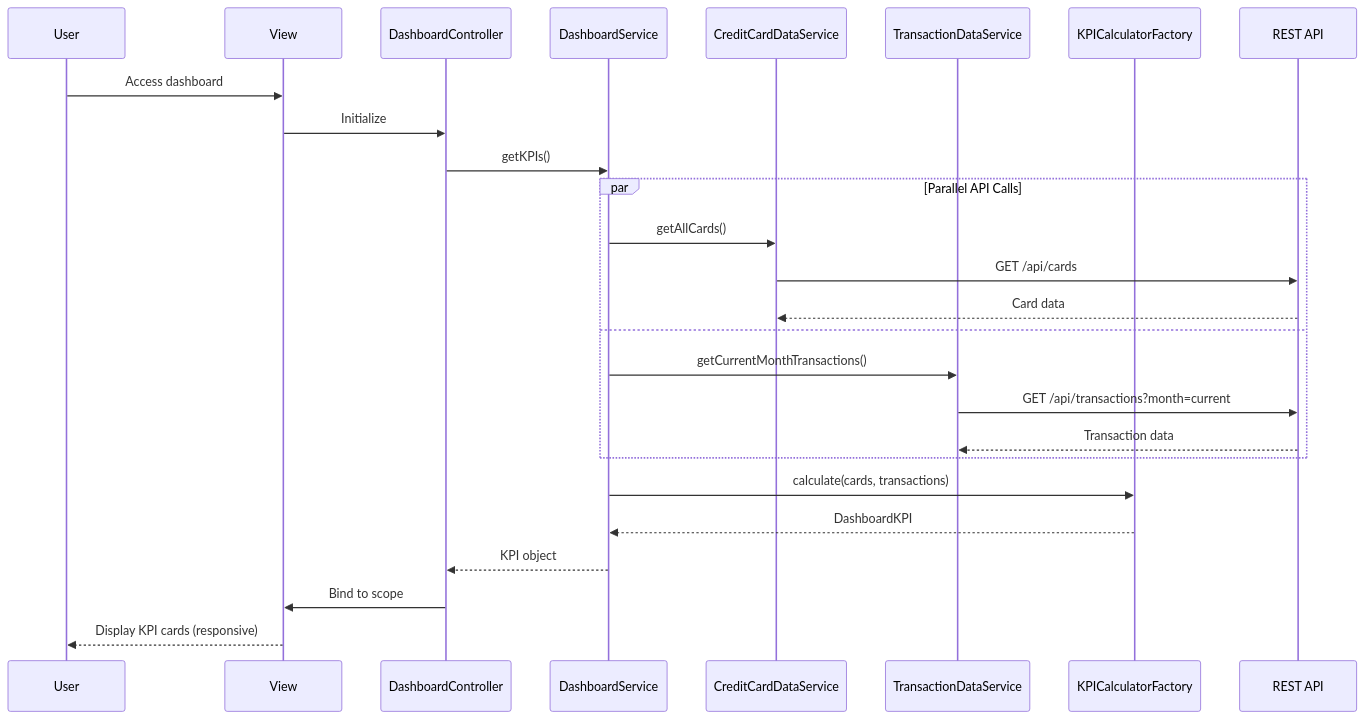
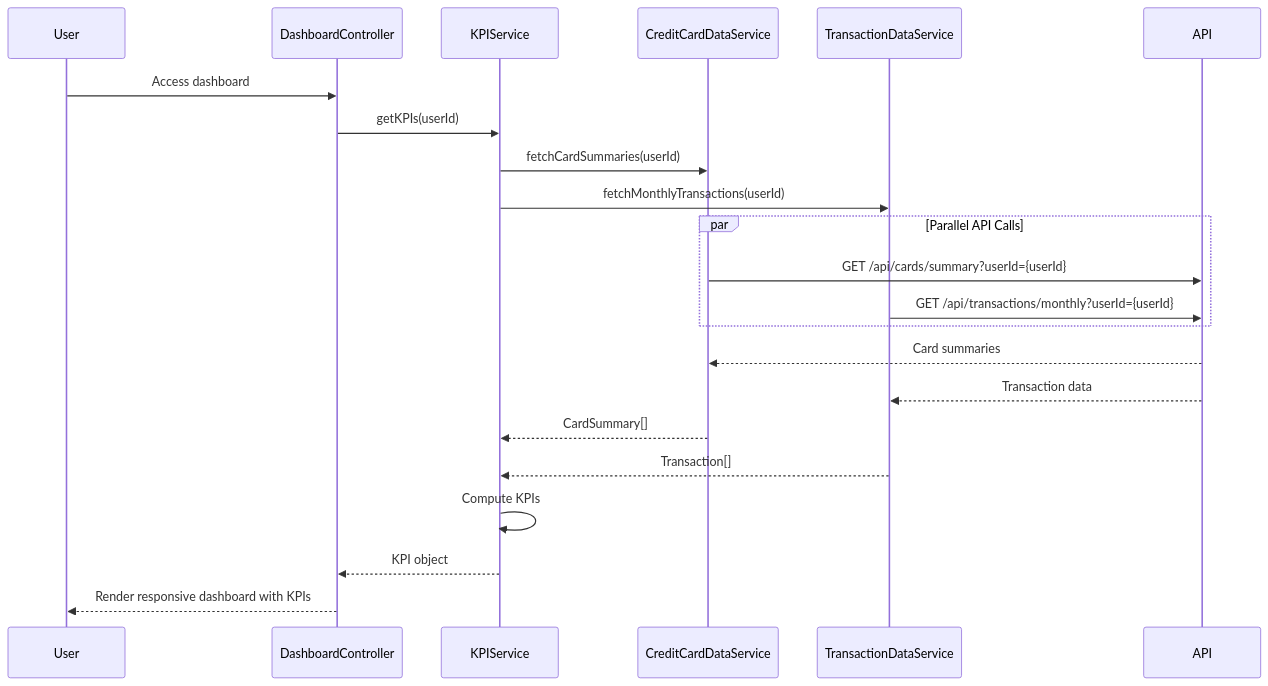
The diagram in LLD/QE-7682_LLD.md (AAVA-Demo/APB_Demo), drawn with Mermaid before and after one commit. The commit also changed other lines of this file and 5 other files, not shown here.

````diff
--- a/LLD/QE-7682_LLD.md
+++ b/LLD/QE-7682_LLD.md
@@ -79,29 +73,25 @@
 ```mermaid
 sequenceDiagram
     participant User
-    participant View
-    participant DashCtrl as DashboardController
-    participant DashSvc as DashboardService
-    participant CardSvc as CreditCardDataService
-    participant TxnSvc as TransactionDataService
-    participant KPICalc as KPICalculatorFactory
-    participant API as REST API
-    
-    User->>View: Access dashboard
-    View->>DashCtrl: Initialize
-    DashCtrl->>DashSvc: getKPIs()
+    participant DashboardController
+    participant KPIService
+    participant CreditCardDataService
+    participant TransactionDataService
+    participant API
+
+    User->>DashboardController: Access dashboard
+    DashboardController->>KPIService: getKPIs(userId)
+    KPIService->>CreditCardDataService: fetchCardSummaries(userId)
+    KPIService->>TransactionDataService: fetchMonthlyTransactions(userId)
     par Parallel API Calls
-        DashSvc->>CardSvc: getAllCards()
-        CardSvc->>API: GET /api/cards
-        API-->>CardSvc: Card data
-        and
-        DashSvc->>TxnSvc: getCurrentMonthTransactions()
-        TxnSvc->>API: GET /api/transactions?month=current
-        API-->>TxnSvc: Transaction data
+        CreditCardDataService->>API: GET /api/cards/summary?userId={userId}
+        TransactionDataService->>API: GET /api/transactions/monthly?userId={userId}
     end
-    DashSvc->>KPICalc: calculate(cards, transactions)
-    KPICalc-->>DashSvc: DashboardKPI
-    DashSvc-->>DashCtrl: KPI object
-    DashCtrl->>View: Bind to scope
-    View-->>User: Display KPI cards (responsive)
+    API-->>CreditCardDataService: Card summaries
+    API-->>TransactionDataService: Transaction data
+    CreditCardDataService-->>KPIService: CardSummary[]
+    TransactionDataService-->>KPIService: Transaction[]
+    KPIService->>KPIService: Compute KPIs
+    KPIService-->>DashboardController: KPI object
+    DashboardController-->>User: Render responsive dashboard with KPIs
 ```
````
